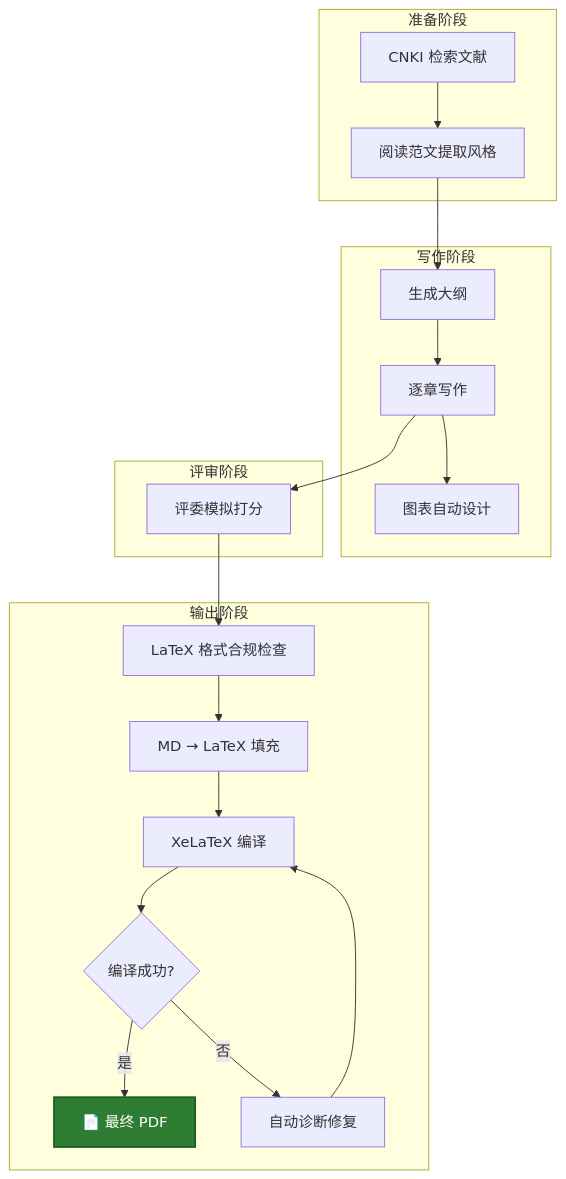
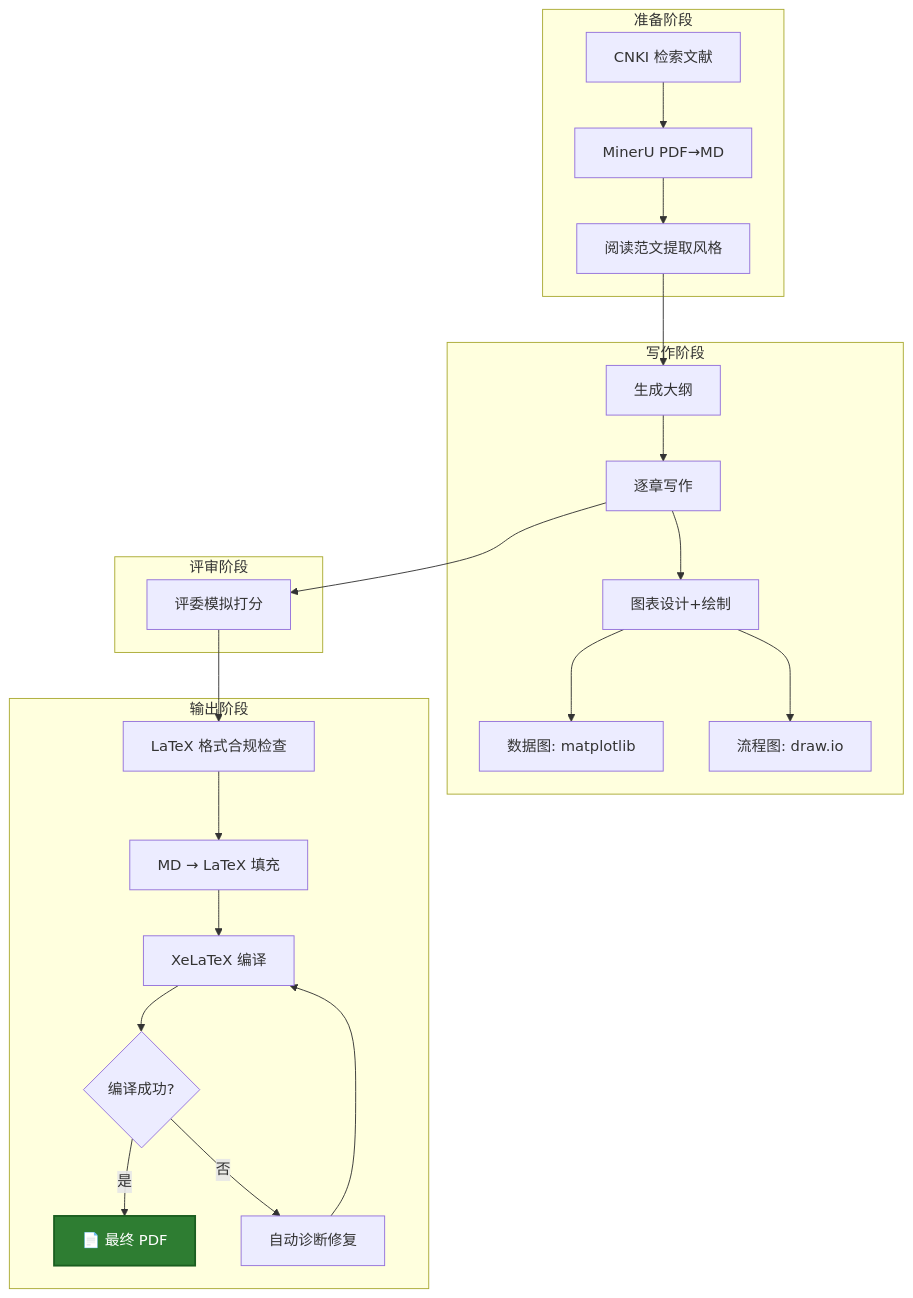
One commit to chienchen-png/MCM-Writer-Agent-CN changed the second of 2 diagrams in README.md. Above: the diagram before and after it, drawn with Mermaid. The commit also changed other lines of this file and 18 other files, not shown here.

First line of the commit message:
V1.6: 图表系统双模式升级 + 结构优化 + 全局审计

````diff
--- a/README.md
+++ b/README.md
@@ -231,31 +204,34 @@
 ```mermaid
 graph TB
     subgraph 准备阶段
-        A[CNKI 检索文献] --> B[阅读范文提取风格]
+        A[CNKI 检索文献] --> A2[MinerU PDF→MD]
+        A2 --> B[阅读范文提取风格]
     end
     
     subgraph 写作阶段
         C[生成大纲] --> D[逐章写作]
-        D --> E[图表自动设计]
+        D --> E[图表设计+绘制]
+        E --> E1[数据图: matplotlib]
+        E --> E2[流程图: draw.io]
     end
     
     subgraph 评审阶段
         F[评委模拟打分]
     end
     
     subgraph 输出阶段
         G[LaTeX 格式合规检查]
         G --> H[MD → LaTeX 填充]
         H --> I[XeLaTeX 编译]
         I --> J{编译成功?}
         J -->|是| K[📄 最终 PDF]
         J -->|否| L[自动诊断修复]
         L --> I
     end
     
     B --> C
     D --> F
     F --> G
 
     style K fill:#2E7D32,color:#fff,stroke:#1B5E20,stroke-width:2px
 ```
````
